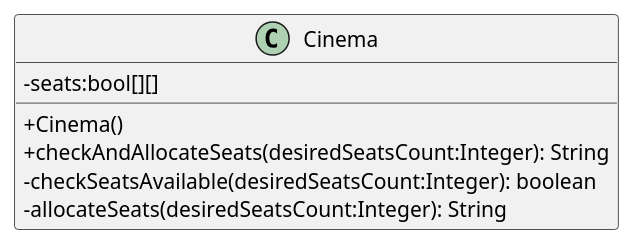
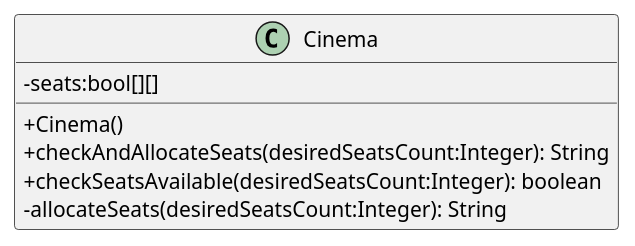
The diagram in docs/cinnamon-cinemas.puml (cleides/cinnamon-cinemas), drawn with PlantUML before and after one commit. The commit also changed 3 other files, not shown here.

```diff
--- a/docs/cinnamon-cinemas.puml
+++ b/docs/cinnamon-cinemas.puml
@@ -1,15 +1,15 @@
 @startuml
 'https://plantuml.com/class-diagram
 skinparam classAttributeIconSize 0
 
 class Cinema {
 '2D grid (array) of booleans
 -seats:bool[][]
 
 +Cinema()
 +checkAndAllocateSeats(desiredSeatsCount:Integer): String
--checkSeatsAvailable(desiredSeatsCount:Integer): boolean
++checkSeatsAvailable(desiredSeatsCount:Integer): boolean
 -allocateSeats(desiredSeatsCount:Integer): String
 }
 
 @enduml
```
